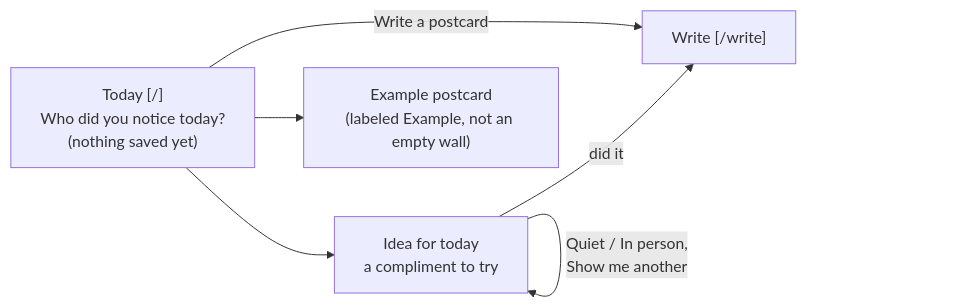
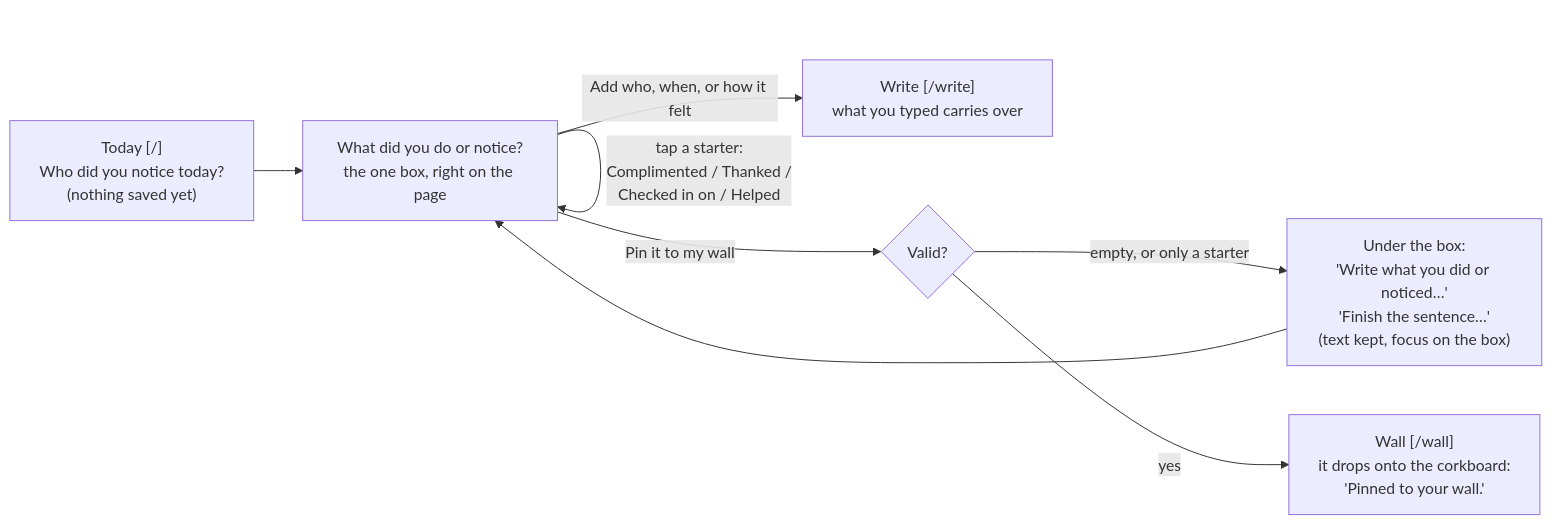
The first of 3 diagrams in README.md (carnowell-uchicago/dbs-p3), drawn with Mermaid before and after one commit. The commit also changed other lines of this file and 2 other files, not shown here.

Commit message:
Document the hands-on first visit and Look back edits

````diff
--- a/README.md
+++ b/README.md
@@ -17,8 +17,10 @@
 ```mermaid
 flowchart LR
-    A["Today [/]<br/>Who did you notice today?<br/>(nothing saved yet)"] --> I["Idea for today<br/>a compliment to try"]
-    I -->|"Quiet / In person,<br/>Show me another"| I
-    A --> X["Example postcard<br/>(labeled Example, not an empty wall)"]
-    A -->|"Write a postcard"| W["Write [/write]"]
-    I -->|"did it"| W
+    A["Today [/]<br/>Who did you notice today?<br/>(nothing saved yet)"] --> Q["What did you do or notice?<br/>the one box, right on the page"]
+    Q -->|"tap a starter:<br/>Complimented / Thanked /<br/>Checked in on / Helped"| Q
+    Q -->|"Pin it to my wall"| V{"Valid?"}
+    V -->|"empty, or only a starter"| QE["Under the box:<br/>'Write what you did or noticed…'<br/>'Finish the sentence…'<br/>(text kept, focus on the box)"]
+    QE --> Q
+    V -->|"yes"| P["Wall [/wall]<br/>it drops onto the corkboard:<br/>'Pinned to your wall.'"]
+    Q -->|"Add who, when, or how it felt"| W["Write [/write]<br/>what you typed carries over"]
 ```
````
